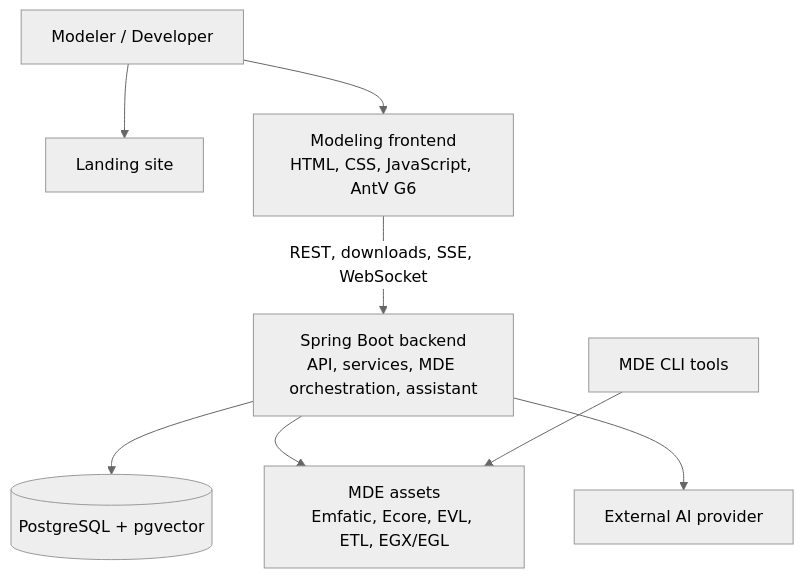
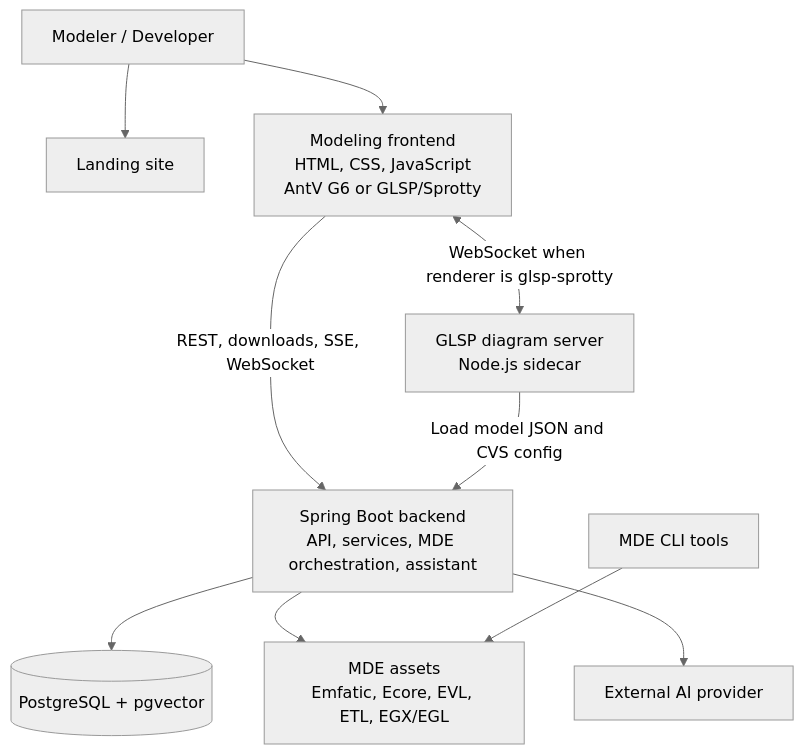
One commit to mehdieidi/modriss changed the diagram in docs/public-docs/docs/architecture/system.md. Above: the diagram before and after it, drawn with Mermaid (neutral theme). The commit also changed 50 other files, not shown here.

````diff
--- a/docs/public-docs/docs/architecture/system.md
+++ b/docs/public-docs/docs/architecture/system.md
@@ -3,19 +3,22 @@
 ```mermaid
 flowchart TB
     User["Modeler / Developer"]
     Landing["Landing site"]
-    Frontend["Modeling frontend<br/>HTML, CSS, JavaScript, AntV G6"]
+    Frontend["Modeling frontend<br/>HTML, CSS, JavaScript<br/>AntV G6 or GLSP/Sprotty"]
+    Glsp["GLSP diagram server<br/>Node.js sidecar"]
     Backend["Spring Boot backend<br/>API, services, MDE orchestration, assistant"]
     DB[("PostgreSQL + pgvector")]
     MDE["MDE assets<br/>Emfatic, Ecore, EVL, ETL, EGX/EGL"]
     AI["External AI provider"]
     CLIs["MDE CLI tools"]
 
     User --> Landing
     User --> Frontend
     Frontend -->|"REST, downloads, SSE, WebSocket"| Backend
+    Frontend <-->|"WebSocket when renderer is glsp-sprotty"| Glsp
+    Glsp -->|"Load model JSON and CVS config"| Backend
     Backend --> DB
     Backend --> MDE
     Backend --> AI
     CLIs --> MDE
 ```
````
